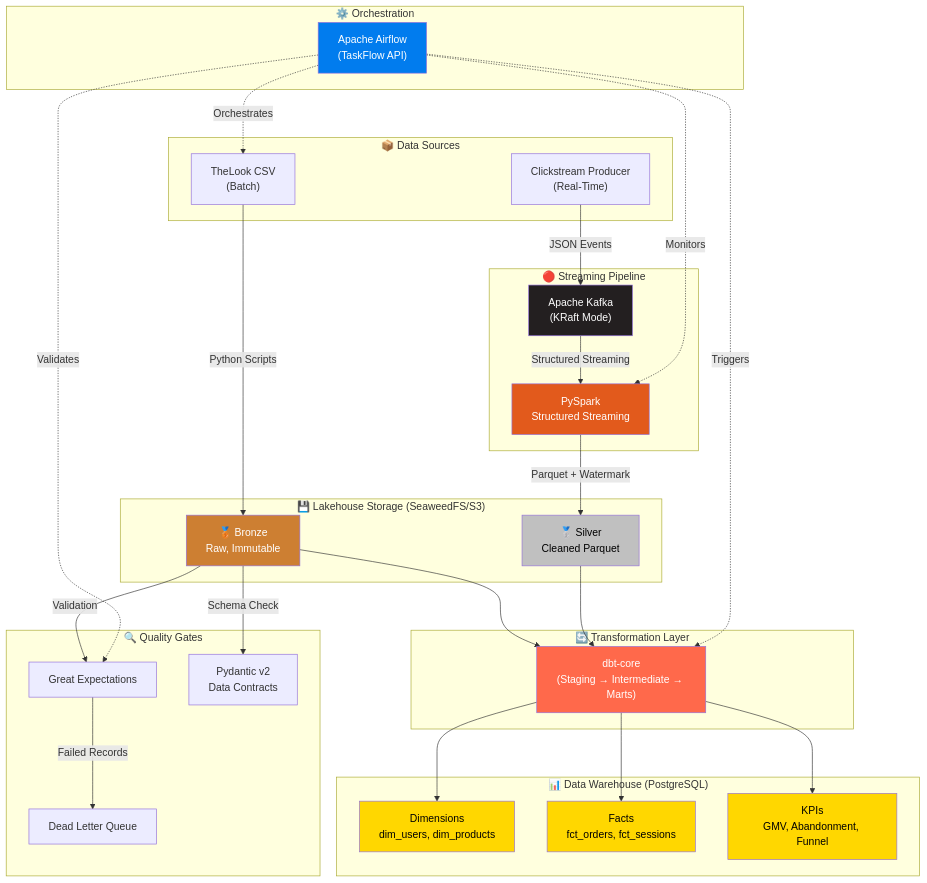
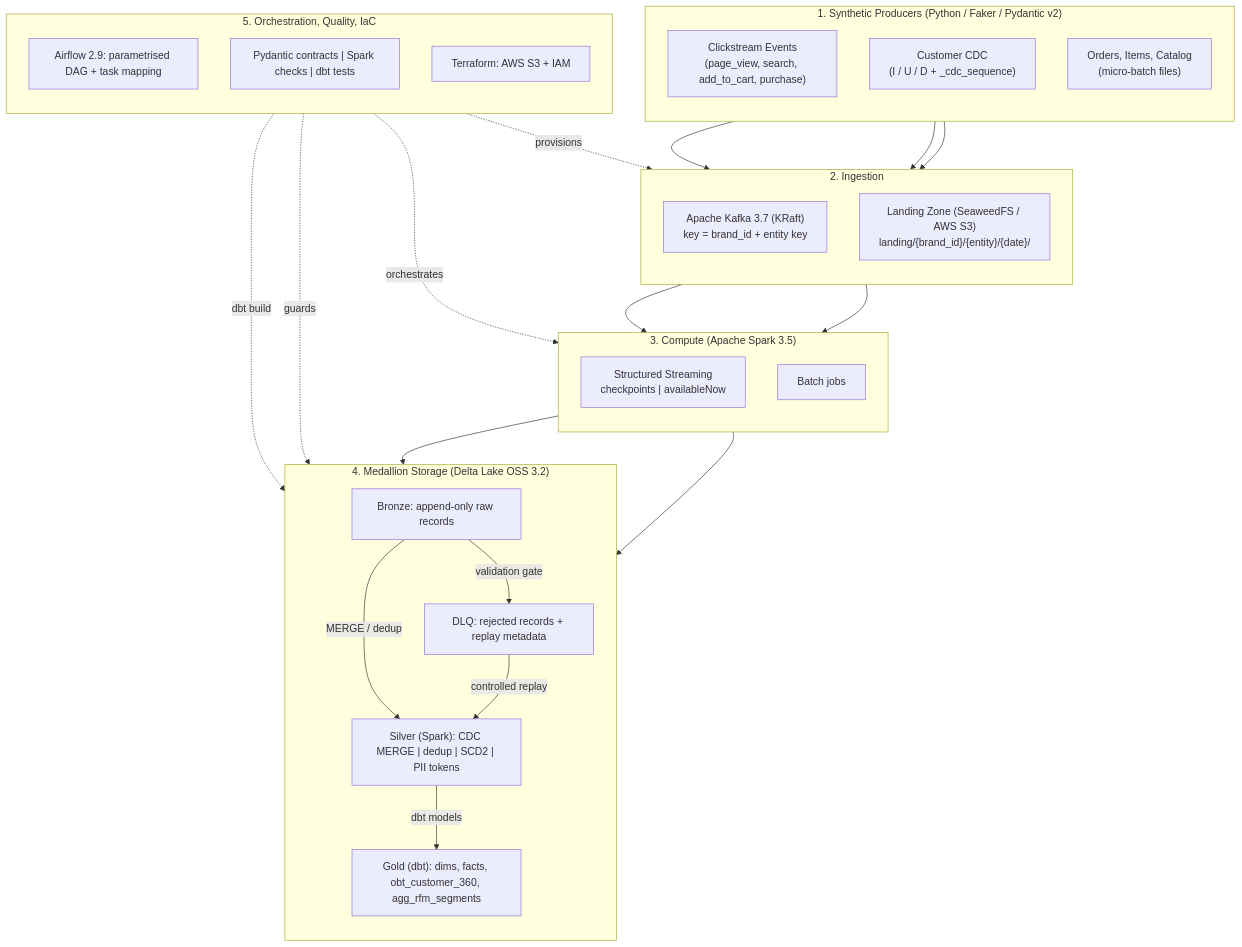
The diagram in README.md (dogruom/thelook-lakehouse-platform), drawn with Mermaid before and after one commit. The commit also changed other lines of this file and 12 other files, not shown here.

First line of the commit message:
docs: move planning docs under docs/ and re-baseline charter v7 / progress v8

````diff
--- a/README.md
+++ b/README.md
@@ -15,64 +60,55 @@
 ```mermaid
-graph TB
-    subgraph Sources["📦 Data Sources"]
-        CSV["TheLook CSV<br/>(Batch)"]
-        PROD["Clickstream Producer<br/>(Real-Time)"]
+flowchart TB
+    subgraph Producers["1. Synthetic Producers (Python / Faker / Pydantic v2)"]
+        direction TB
+        GEN_CLICK["Clickstream Events<br/>(page_view, search, add_to_cart, purchase)"]
+        GEN_CDC["Customer CDC<br/>(I / U / D + _cdc_sequence)"]
+        GEN_TX["Orders, Items, Catalog<br/>(micro-batch files)"]
     end
 
-    subgraph Streaming["🔴 Streaming Pipeline"]
-        KAFKA["Apache Kafka<br/>(KRaft Mode)"]
-        SPARK["PySpark<br/>Structured Streaming"]
+    subgraph Ingestion["2. Ingestion"]
+        direction TB
+        KAFKA["Apache Kafka 3.7 (KRaft)<br/>key = brand_id + entity key"]
+        S3_RAW["Landing Zone (SeaweedFS / AWS S3)<br/>landing/{brand_id}/{entity}/{date}/"]
     end
 
-    subgraph Storage["💾 Lakehouse Storage (SeaweedFS/S3)"]
-        BRONZE["🥉 Bronze<br/>Raw, Immutable"]
-        SILVER_S3["🥈 Silver<br/>Cleaned Parquet"]
+    subgraph Processing["3. Compute (Apache Spark 3.5)"]
+        direction TB
+        SPARK_STREAM["Structured Streaming<br/>checkpoints | availableNow"]
+        SPARK_BATCH["Batch jobs"]
     end
 
-    subgraph Quality["🔍 Quality Gates"]
-        GX["Great Expectations"]
-        PYDANTIC["Pydantic v2<br/>Data Contracts"]
-        DLQ["Dead Letter Queue"]
+    subgraph Medallion["4. Medallion Storage (Delta Lake OSS 3.2)"]
+        direction TB
+        BRONZE["Bronze: append-only raw records"]
+        DLQ["DLQ: rejected records + replay metadata"]
+        SILVER["Silver (Spark): CDC MERGE | dedup | SCD2 | PII tokens"]
+        GOLD["Gold (dbt): dims, facts, obt_customer_360, agg_rfm_segments"]
     end
 
-    subgraph Transform["🔄 Transformation Layer"]
-        DBT["dbt-core<br/>(Staging → Intermediate → Marts)"]
+    subgraph Governance["5. Orchestration, Quality, IaC"]
+        direction TB
+        AIRFLOW["Airflow 2.9: parametrised DAG + task mapping"]
+        QUALITY["Pydantic contracts | Spark checks | dbt tests"]
+        TERRAFORM["Terraform: AWS S3 + IAM"]
     end
 
-    subgraph DWH["📊 Data Warehouse (PostgreSQL)"]
-        DIMS["Dimensions<br/>dim_users, dim_products"]
-        FACTS["Facts<br/>fct_orders, fct_sessions"]
-        KPIS["KPIs<br/>GMV, Abandonment, Funnel"]
-    end
+    GEN_CLICK --> KAFKA
+    GEN_CDC --> KAFKA
+    GEN_TX --> S3_RAW
 
-    subgraph Orchestration["⚙️ Orchestration"]
-        AIRFLOW["Apache Airflow<br/>(TaskFlow API)"]
-    end
+    KAFKA --> SPARK_STREAM
+    S3_RAW --> SPARK_BATCH
+    SPARK_STREAM --> BRONZE
+    SPARK_BATCH --> BRONZE
 
-    CSV -->|Python Scripts| BRONZE
-    PROD -->|JSON Events| KAFKA
-    KAFKA -->|Structured Streaming| SPARK
-    SPARK -->|Parquet + Watermark| SILVER_S3
-    BRONZE -->|Validation| GX
-    BRONZE -->|Schema Check| PYDANTIC
-    GX -->|Failed Records| DLQ
-    BRONZE --> DBT
-    SILVER_S3 --> DBT
-    DBT --> DIMS
-    DBT --> FACTS
-    DBT --> KPIS
-    AIRFLOW -.->|Orchestrates| CSV
-    AIRFLOW -.->|Monitors| SPARK
-    AIRFLOW -.->|Triggers| DBT
-    AIRFLOW -.->|Validates| GX
+    BRONZE -->|"validation gate"| DLQ
+    BRONZE -->|"MERGE / dedup"| SILVER
+    DLQ -->|"controlled replay"| SILVER
+    SILVER -->|"dbt models"| GOLD
 
-    style BRONZE fill:#CD7F32,color:#fff
-    style SILVER_S3 fill:#C0C0C0,color:#000
-    style DIMS fill:#FFD700,color:#000
-    style FACTS fill:#FFD700,color:#000
-    style KPIS fill:#FFD700,color:#000
-    style KAFKA fill:#231F20,color:#fff
-    style SPARK fill:#E25A1C,color:#fff
-    style DBT fill:#FF694B,color:#fff
-    style AIRFLOW fill:#017CEE,color:#fff
+    AIRFLOW -.->|"orchestrates"| Processing
+    AIRFLOW -.->|"dbt build"| GOLD
+    QUALITY -.->|"guards"| SILVER
+    TERRAFORM -.->|"provisions"| S3_RAW
 ```
````
